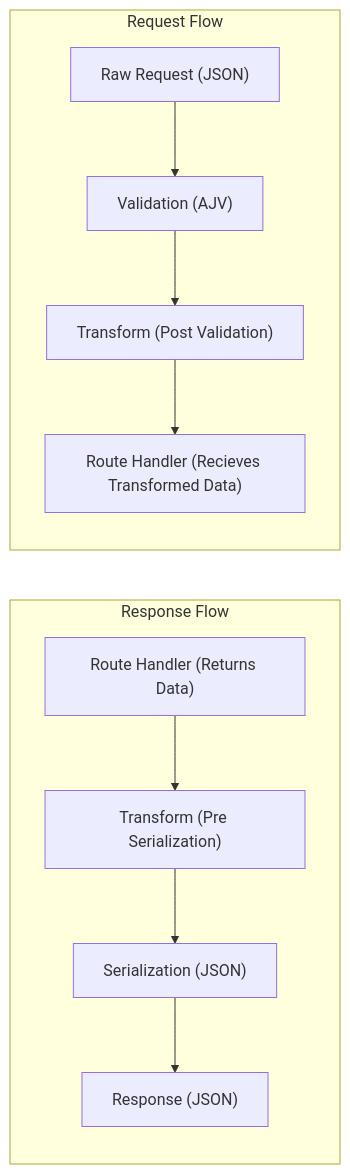
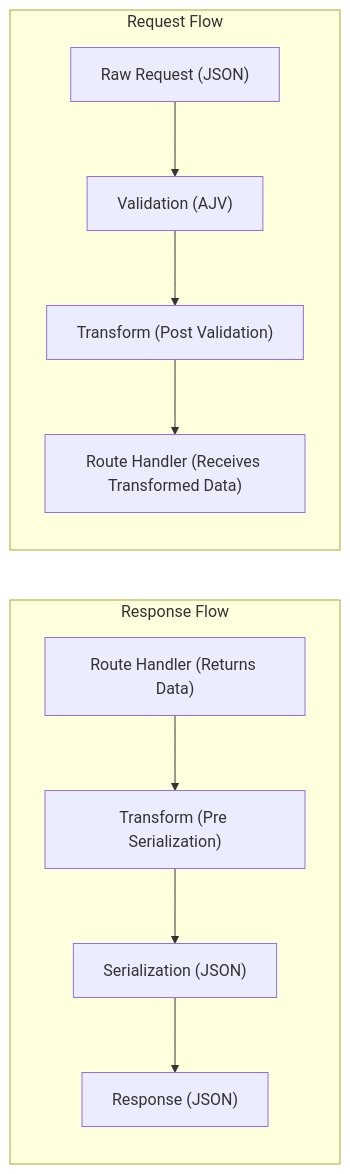
The diagram in README.md (shadow-library/fastify), drawn with Mermaid before and after one commit. The commit also changed 2 other files, not shown here.

Commit message:
fix: review comments

````diff
--- a/README.md
+++ b/README.md
@@ -967,23 +967,23 @@
 ```mermaid
 flowchart LR
   subgraph responseFlow["Response Flow"]
     Response["Response (JSON)"]
     Serialization["Serialization (JSON)"]
     ResTransform["Transform (Pre Serialization)"]
     ResHandler["Route Handler (Returns Data)"]
   end
 
  subgraph requestFlow["Request Flow"]
-    ReqHandler["Route Handler (Recieves Transformed Data)"]
+    ReqHandler["Route Handler (Receives Transformed Data)"]
     ReqTransform["Transform (Post Validation)"]
     Validation["Validation (AJV)"]
     rawReq["Raw Request (JSON)"]
   end
 
   rawReq --> Validation
   Validation --> ReqTransform
   ReqTransform --> ReqHandler
   ResHandler --> ResTransform
   ResTransform --> Serialization
   Serialization --> Response
 ```
````
